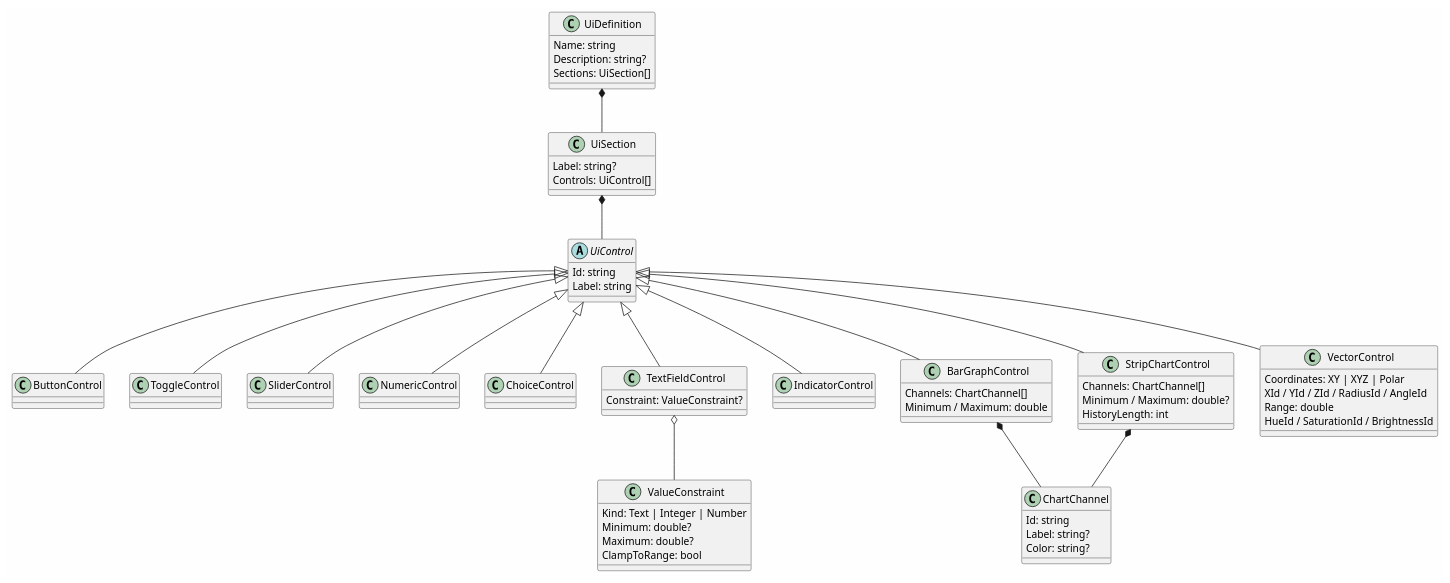
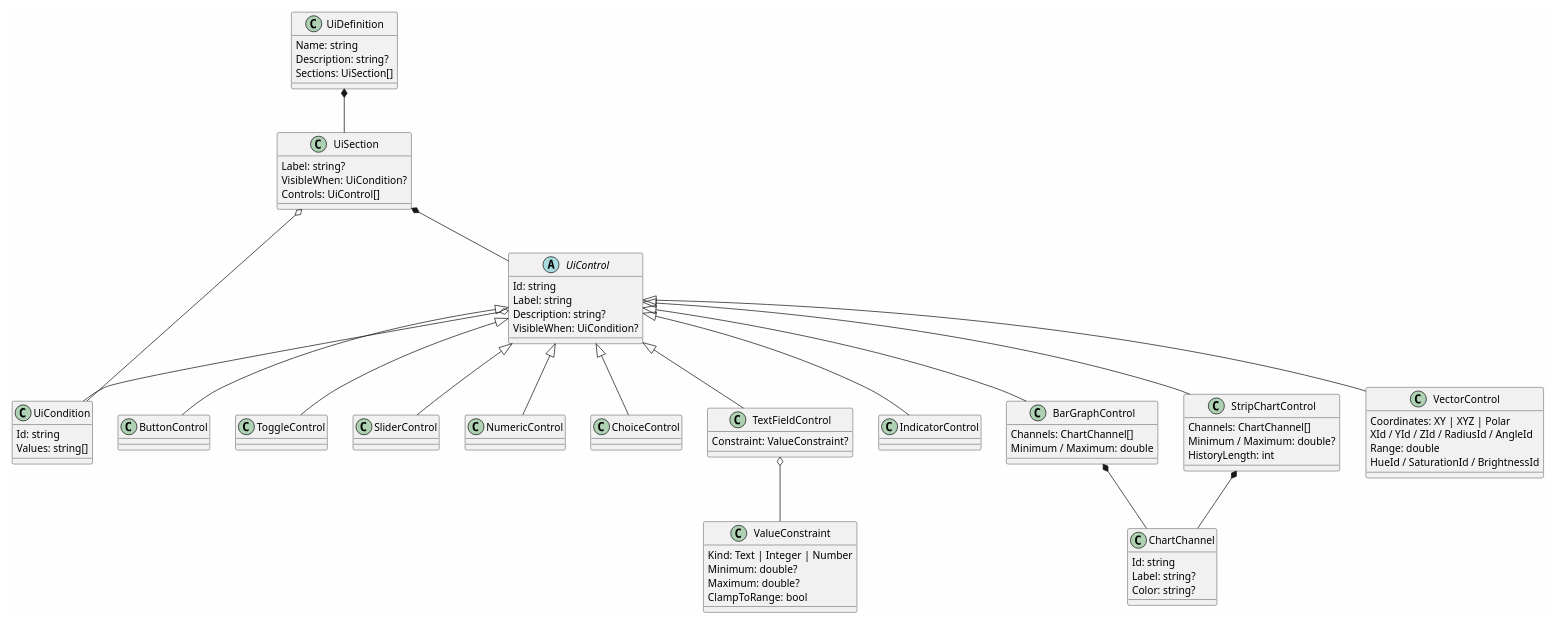
Before and after one commit to OutOfBandDevelopment/dev-term: the first of 3 diagrams in docs/design/ui-definitions.md, drawn with PlantUML. The commit also changed other lines of this file and 13 other files, not shown here.

````diff
--- a/docs/design/ui-definitions.md
+++ b/docs/design/ui-definitions.md
@@ -110,70 +120,79 @@
 ```plantuml
 @startuml
 skinparam backgroundColor #FEFEFE
 
 class UiDefinition {
   Name: string
   Description: string?
   Sections: UiSection[]
 }
 class UiSection {
   Label: string?
+  VisibleWhen: UiCondition?
   Controls: UiControl[]
 }
 abstract class UiControl {
   Id: string
   Label: string
+  Description: string?
+  VisibleWhen: UiCondition?
+}
+class UiCondition {
+  Id: string
+  Values: string[]
 }
 class ButtonControl
 class ToggleControl
 class SliderControl
 class NumericControl
 class ChoiceControl
 class TextFieldControl {
   Constraint: ValueConstraint?
 }
 class IndicatorControl
 class BarGraphControl {
   Channels: ChartChannel[]
   Minimum / Maximum: double
 }
 class StripChartControl {
   Channels: ChartChannel[]
   Minimum / Maximum: double?
   HistoryLength: int
 }
 class VectorControl {
   Coordinates: XY | XYZ | Polar
   XId / YId / ZId / RadiusId / AngleId
   Range: double
   HueId / SaturationId / BrightnessId
 }
 class ChartChannel {
   Id: string
   Label: string?
   Color: string?
 }
 class ValueConstraint {
   Kind: Text | Integer | Number
   Minimum: double?
   Maximum: double?
   ClampToRange: bool
 }
 
 UiDefinition *-- UiSection
 UiSection *-- UiControl
+UiSection o-- UiCondition
+UiControl o-- UiCondition
 TextFieldControl o-- ValueConstraint
 UiControl <|-- ButtonControl
 UiControl <|-- ToggleControl
 UiControl <|-- SliderControl
 UiControl <|-- NumericControl
 UiControl <|-- ChoiceControl
 UiControl <|-- TextFieldControl
 UiControl <|-- IndicatorControl
 UiControl <|-- BarGraphControl
 UiControl <|-- StripChartControl
 UiControl <|-- VectorControl
 BarGraphControl *-- ChartChannel
 StripChartControl *-- ChartChannel
 @enduml
 ```
````
